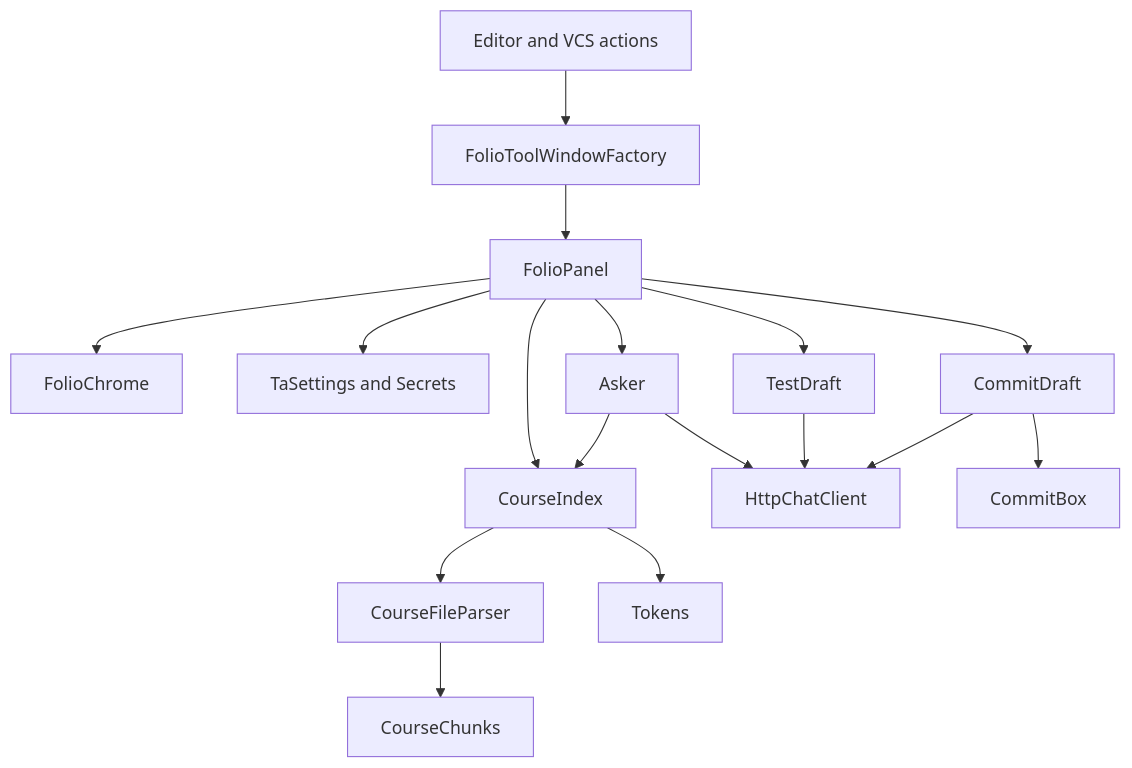
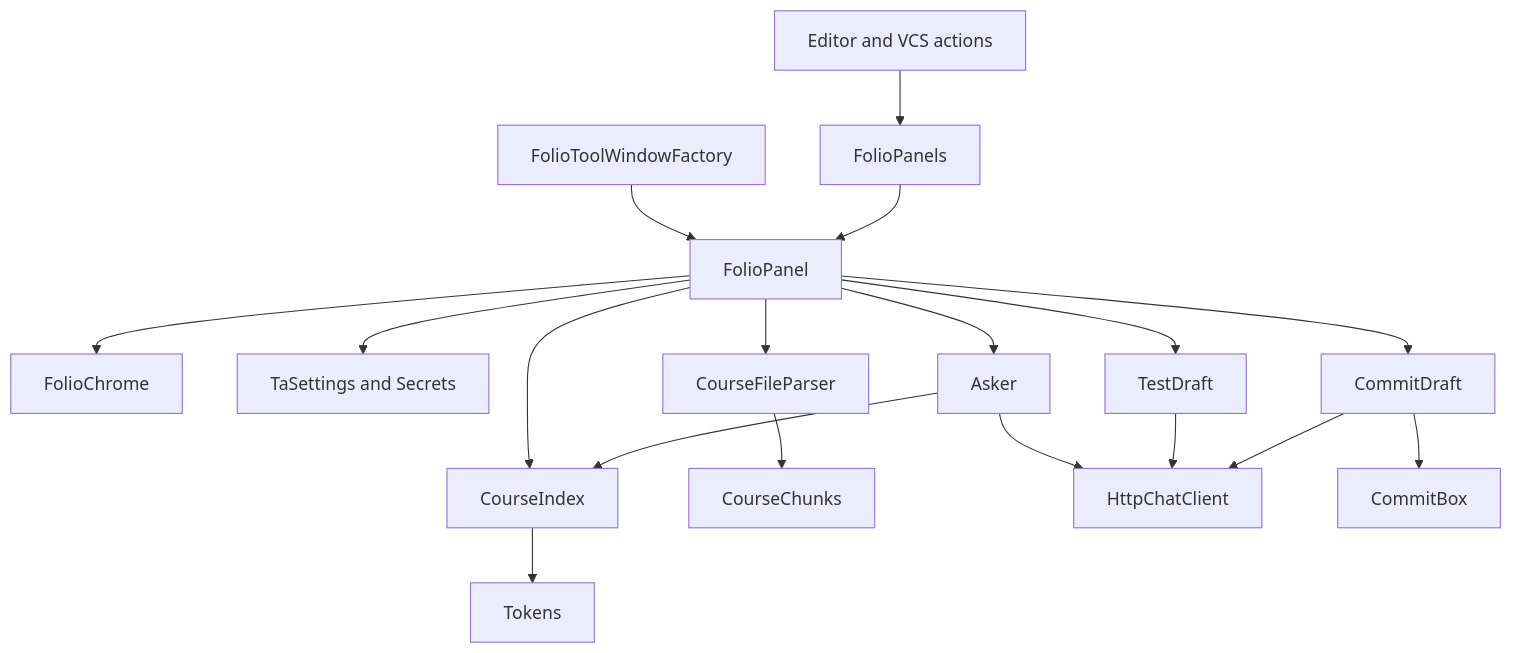
The first of 3 diagrams in README.md (TTAWDTT/folio), drawn with Mermaid before and after one commit. The commit also changed other lines of this file and 7 other files, not shown here.

````diff
--- a/README.md
+++ b/README.md
@@ -200,19 +200,20 @@
 ```mermaid
 flowchart TB
-  Editor[Editor and VCS actions] --> Factory[FolioToolWindowFactory]
-  Factory --> Panel[FolioPanel]
+  Factory[FolioToolWindowFactory] --> Panel[FolioPanel]
+  Editor[Editor and VCS actions] --> Panels[FolioPanels]
+  Panels --> Panel
   Panel --> Chrome[FolioChrome]
   Panel --> Settings[TaSettings and Secrets]
   Panel --> Index[CourseIndex]
+  Panel --> Parser[CourseFileParser]
   Panel --> Asker
   Panel --> Tests[TestDraft]
   Panel --> Commits[CommitDraft]
-  Index --> Parser[CourseFileParser]
   Parser --> Chunks[CourseChunks]
   Index --> Tokens
   Asker --> Index
   Asker --> Http[HttpChatClient]
   Tests --> Http
   Commits --> Http
   Commits --> Box[CommitBox]
 ```
````
